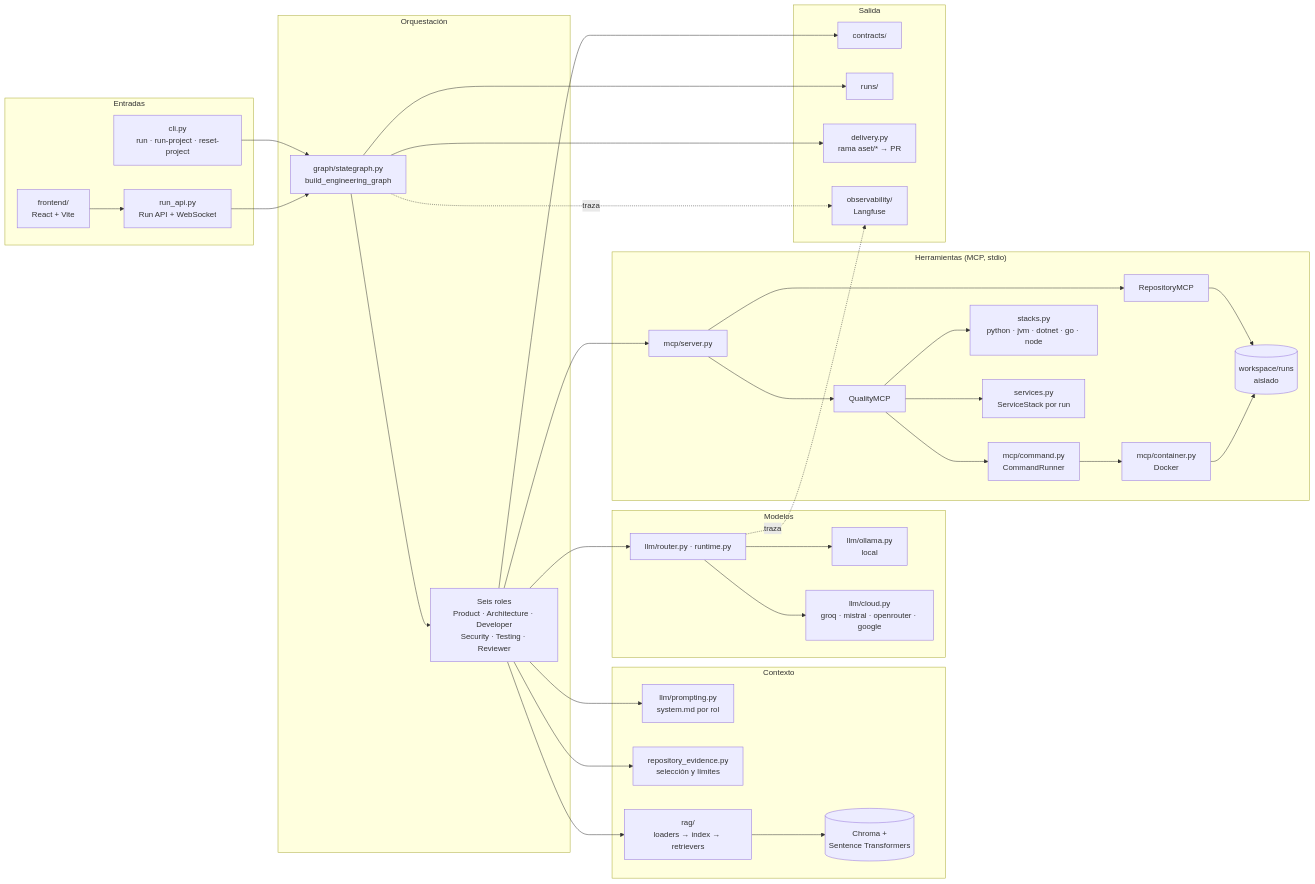
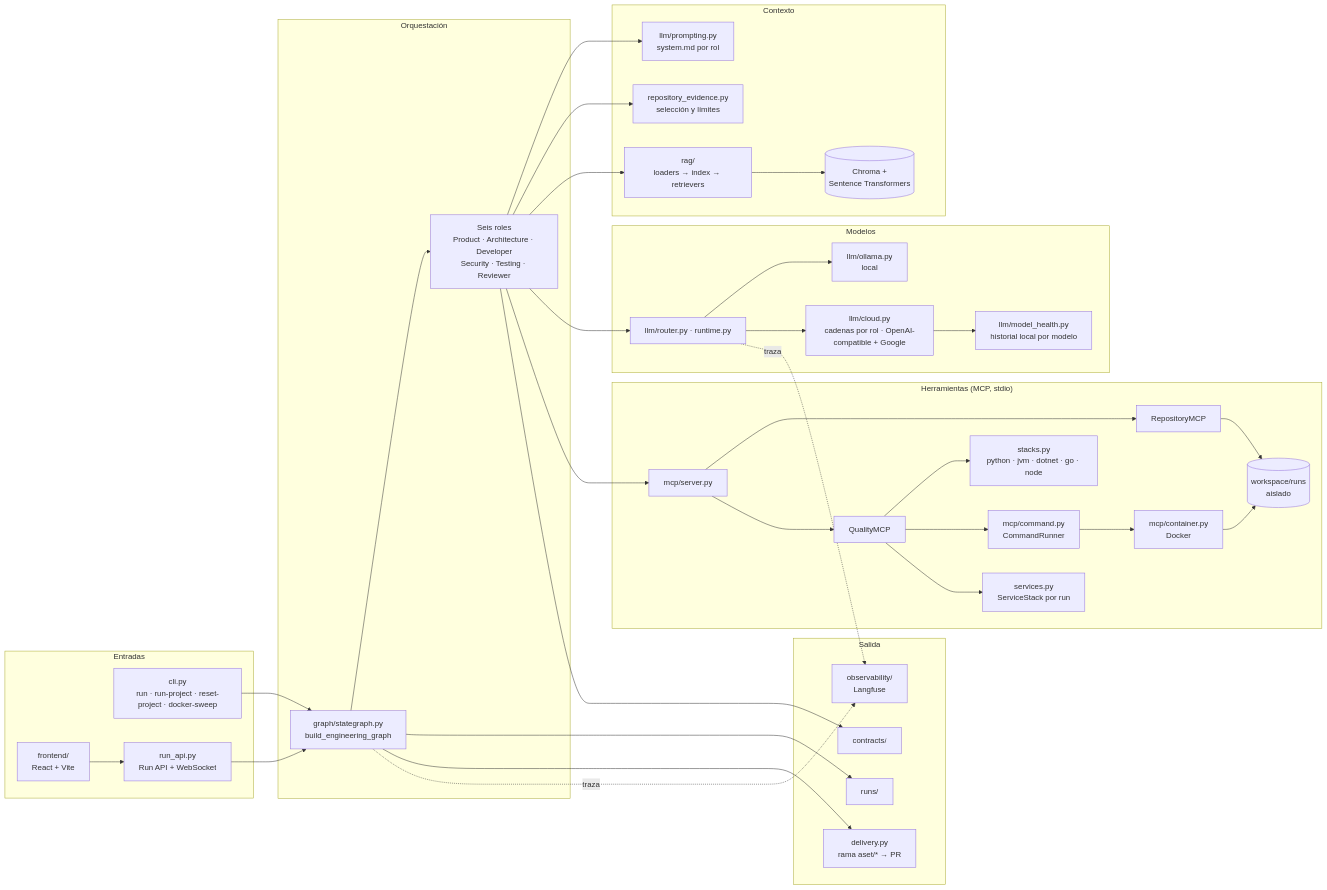
Before and after one commit to full-stack-dev-johncastrosanabria/MultiAgent-Software-Engineering-Team.: the first of 2 diagrams in docs/architecture/overview.md, drawn with Mermaid. The commit also changed other lines of this file and 6 other files, not shown here.

First line of the commit message:
docs: correct drift in README, architecture, operations, testing and evaluation

````diff
--- a/docs/architecture/overview.md
+++ b/docs/architecture/overview.md
@@ -9,70 +9,72 @@
 ```mermaid
 flowchart LR
   subgraph EN["Entradas"]
-    CLI["cli.py<br/>run · run-project · reset-project"]
+    CLI["cli.py<br/>run · run-project · reset-project · docker-sweep"]
     API["run_api.py<br/>Run API + WebSocket"]
     FE["frontend/<br/>React + Vite"]
   end
 
   subgraph OR["Orquestación"]
     G["graph/stategraph.py<br/>build_engineering_graph"]
     AG["Seis roles<br/>Product · Architecture · Developer<br/>Security · Testing · Reviewer"]
   end
 
   subgraph CX["Contexto"]
     PR["llm/prompting.py<br/>system.md por rol"]
     RE["repository_evidence.py<br/>selección y límites"]
     RAG["rag/<br/>loaders → index → retrievers"]
     CH[("Chroma +<br/>Sentence Transformers")]
   end
 
   subgraph MO["Modelos"]
     RT["llm/router.py · runtime.py"]
     OL["llm/ollama.py<br/>local"]
-    CL["llm/cloud.py<br/>groq · mistral · openrouter · google"]
+    CL["llm/cloud.py<br/>cadenas por rol · OpenAI-compatible + Google"]
+    MH["llm/model_health.py<br/>historial local por modelo"]
   end
 
   subgraph TO["Herramientas (MCP, stdio)"]
     SRV["mcp/server.py"]
     RMCP["RepositoryMCP"]
     QMCP["QualityMCP"]
     CMD["mcp/command.py<br/>CommandRunner"]
     CONT["mcp/container.py<br/>Docker"]
     SP["stacks.py<br/>python · jvm · dotnet · go · node"]
     SVC["services.py<br/>ServiceStack por run"]
     WS[("workspace/runs<br/>aislado")]
   end
 
   subgraph SA["Salida"]
     CT["contracts/"]
     RS["runs/"]
     DL["delivery.py<br/>rama aset/* → PR"]
     LF["observability/<br/>Langfuse"]
   end
 
   CLI --> G
   API --> G
   FE --> API
   G --> AG
   AG --> PR
   AG --> RE
   AG --> RAG
   RAG --> CH
   AG --> RT
   RT --> OL
   RT --> CL
+  CL --> MH
   AG --> SRV
   SRV --> RMCP
   SRV --> QMCP
   QMCP --> SP
   QMCP --> CMD
   QMCP --> SVC
   CMD --> CONT
   RMCP --> WS
   CONT --> WS
   AG --> CT
   G --> RS
   G --> DL
   G -.traza.-> LF
   RT -.traza.-> LF
 ```
````
